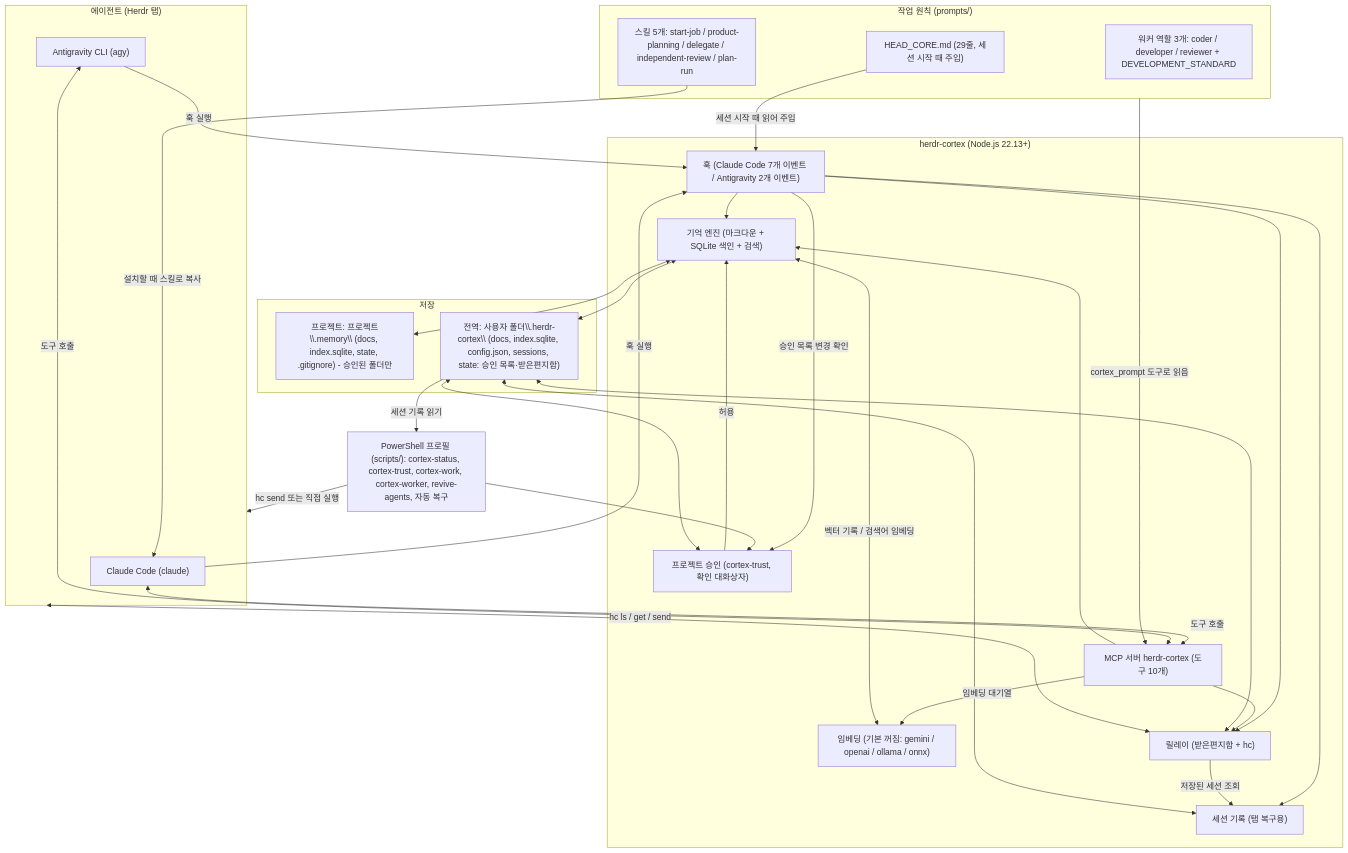
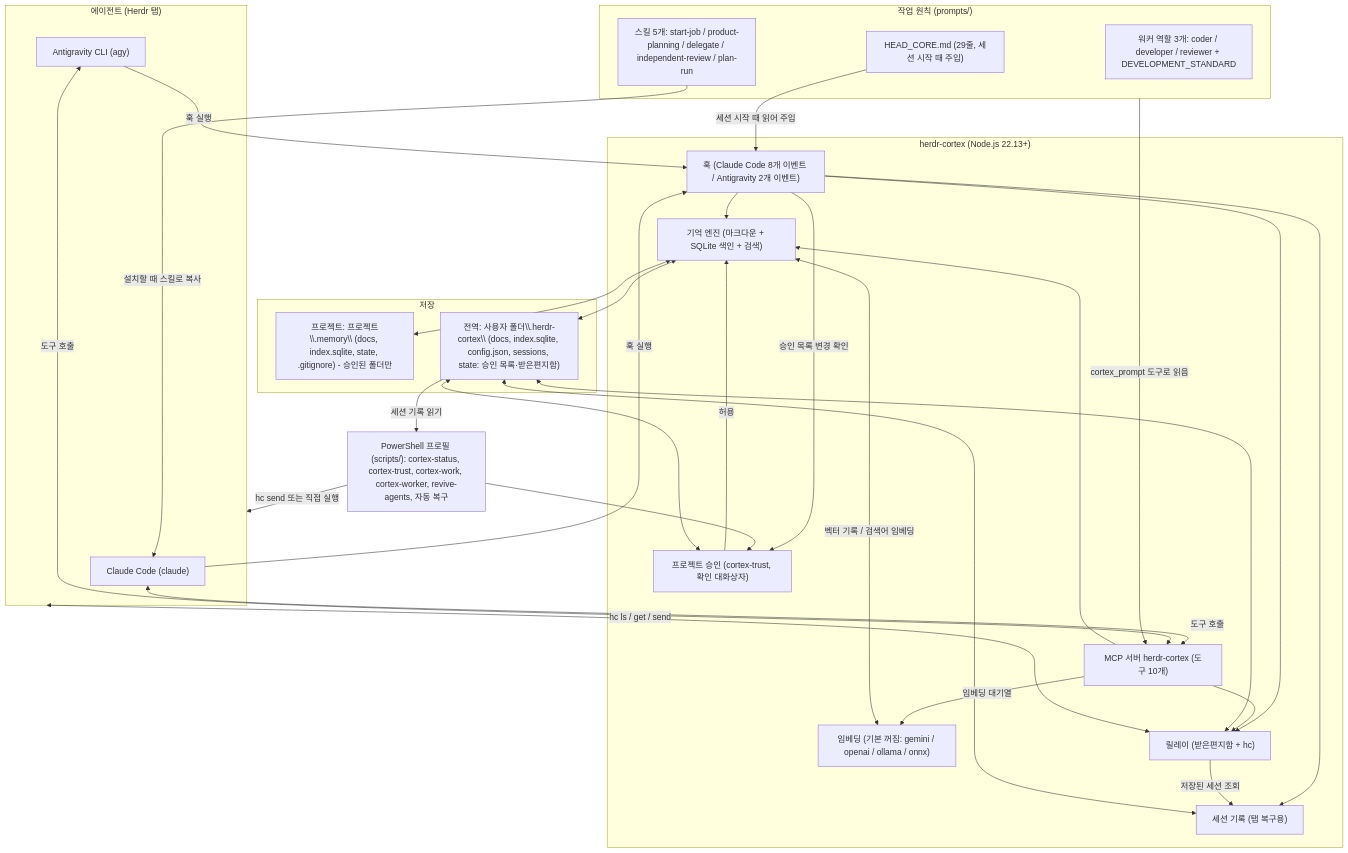
One commit to ggumtakg/herdr-cortex changed the diagram in README.md. Above: the diagram before and after it, drawn with Mermaid. The commit also changed other lines of this file and 22 other files, not shown here.

````diff
--- a/README.md
+++ b/README.md
@@ -102,57 +102,57 @@
 ```mermaid
 flowchart TB
     subgraph Prompts["작업 원칙 (prompts/)"]
         HC["HEAD_CORE.md (29줄, 세션 시작 때 주입)"]
         SK["스킬 5개: start-job / product-planning / delegate / independent-review / plan-run"]
         WK["워커 역할 3개: coder / developer / reviewer + DEVELOPMENT_STANDARD"]
     end
 
     subgraph Hosts["에이전트 (Herdr 탭)"]
         CL["Claude Code (claude)"]
         AG["Antigravity CLI (agy)"]
     end
 
     subgraph Core["herdr-cortex (Node.js 22.13+)"]
         MCP["MCP 서버 herdr-cortex (도구 10개)"]
-        HOOK["훅 (Claude Code 7개 이벤트 / Antigravity 2개 이벤트)"]
+        HOOK["훅 (Claude Code 8개 이벤트 / Antigravity 2개 이벤트)"]
         TRUST["프로젝트 승인 (cortex-trust, 확인 대화상자)"]
         MEM["기억 엔진 (마크다운 + SQLite 색인 + 검색)"]
         EMB["임베딩 (기본 꺼짐: gemini / openai / ollama / onnx)"]
         REL["릴레이 (받은편지함 + hc)"]
         REV["세션 기록 (탭 복구용)"]
     end
 
     subgraph Storage["저장"]
         PM["프로젝트: 프로젝트\\.memory\\ (docs, index.sqlite, state, .gitignore) - 승인된 폴더만"]
         GM["전역: 사용자 폴더\\.herdr-cortex\\ (docs, index.sqlite, config.json, sessions, state: 승인 목록·받은편지함)"]
     end
 
     PS["PowerShell 프로필 (scripts/): cortex-status, cortex-trust, cortex-work, cortex-worker, revive-agents, 자동 복구"]
 
     HC -->|"세션 시작 때 읽어 주입"| HOOK
     Prompts -->|"cortex_prompt 도구로 읽음"| MCP
     SK -->|"설치할 때 스킬로 복사"| CL
     CL <-->|"도구 호출"| MCP
     AG <-->|"도구 호출"| MCP
     CL -->|"훅 실행"| HOOK
     AG -->|"훅 실행"| HOOK
     HOOK --> MEM
     HOOK --> REL
     HOOK --> REV
     HOOK -->|"승인 목록 변경 확인"| TRUST
     MCP --> MEM
     MCP --> REL
     MCP -->|"임베딩 대기열"| EMB
     EMB <-->|"벡터 기록 / 검색어 임베딩"| MEM
     TRUST -->|"허용"| MEM
     MEM <--> PM
     MEM <--> GM
     REL <--> GM
     REL -->|"저장된 세션 조회"| REV
     REV <--> GM
     TRUST <--> GM
     REL <-->|"hc ls / get / send"| Hosts
     PS --> TRUST
     GM -->|"세션 기록 읽기"| PS
     PS -->|"hc send 또는 직접 실행"| Hosts
 ```
````
